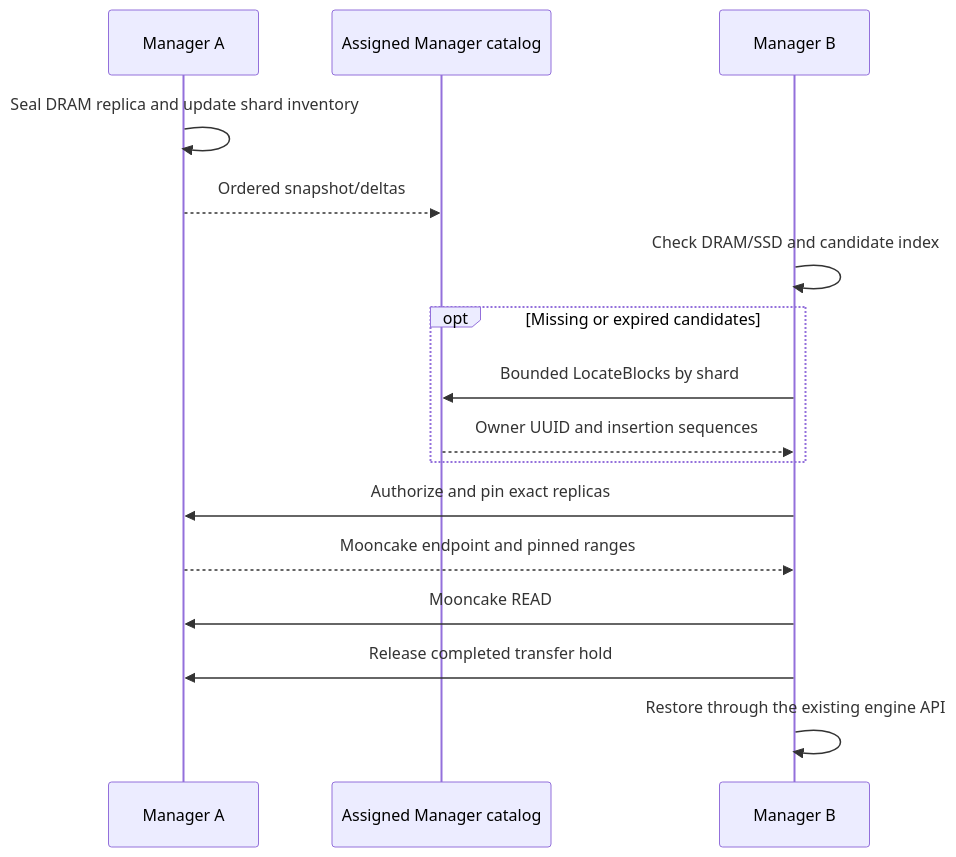
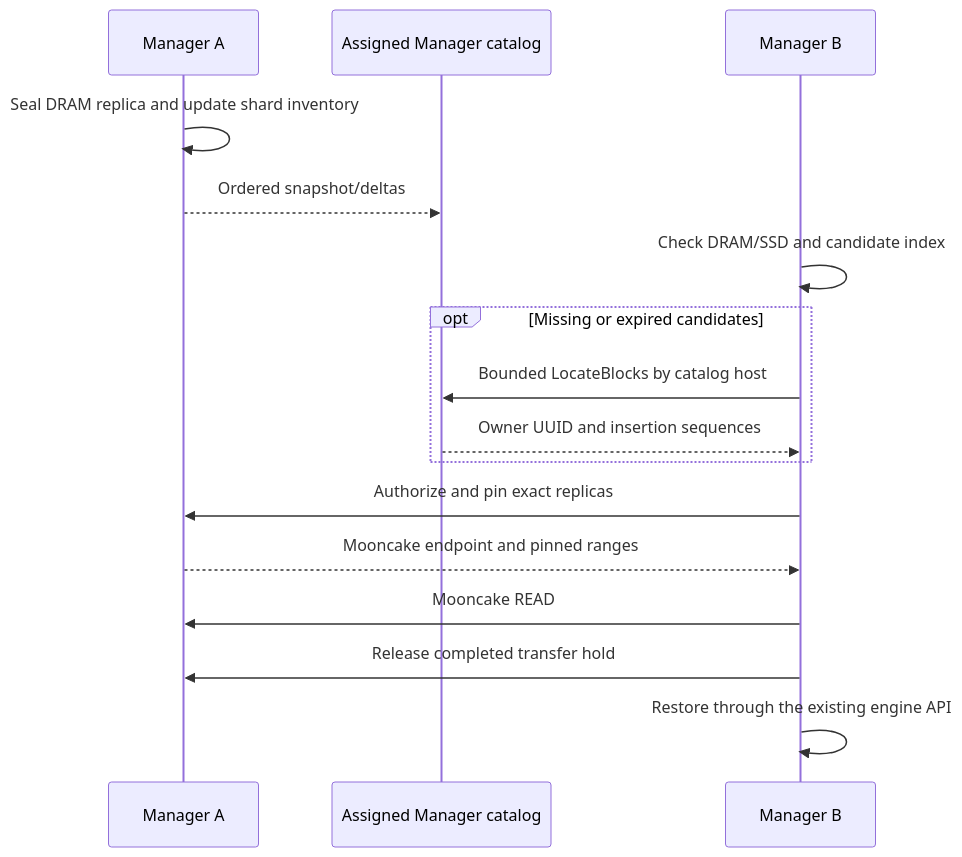
One commit to feichai0017/orbitkv changed the diagram in docs/p2p.md. Above: the diagram before and after it, drawn with Mermaid. The commit also changed other lines of this file and 11 other files, not shown here.

Commit message:
perf(catalog): batch discovery across shards on each host

````diff
--- a/docs/p2p.md
+++ b/docs/p2p.md
@@ -47,18 +47,18 @@
 ```mermaid
 sequenceDiagram
     participant A as Manager A
     participant C as Assigned Manager catalog
     participant B as Manager B
     A->>A: Seal DRAM replica and update shard inventory
     A-->>C: Ordered snapshot/deltas
     B->>B: Check DRAM/SSD and candidate index
     opt Missing or expired candidates
-        B->>C: Bounded LocateBlocks by shard
+        B->>C: Bounded LocateBlocks by catalog host
         C-->>B: Owner UUID and insertion sequences
     end
     B->>A: Authorize and pin exact replicas
     A-->>B: Mooncake endpoint and pinned ranges
     B->>A: Mooncake READ
     B->>A: Release completed transfer hold
     B->>B: Restore through the existing engine API
 ```
````
